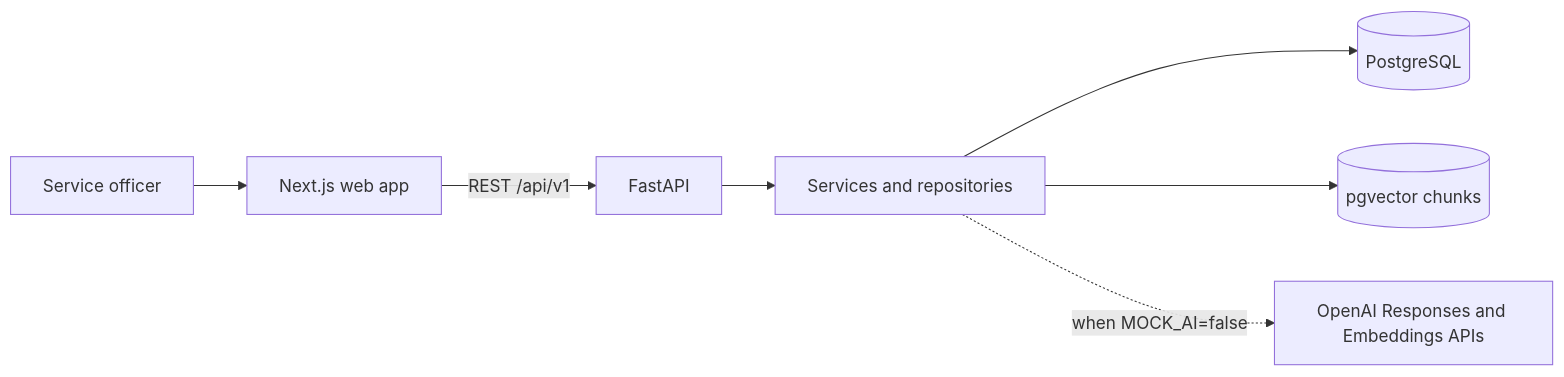
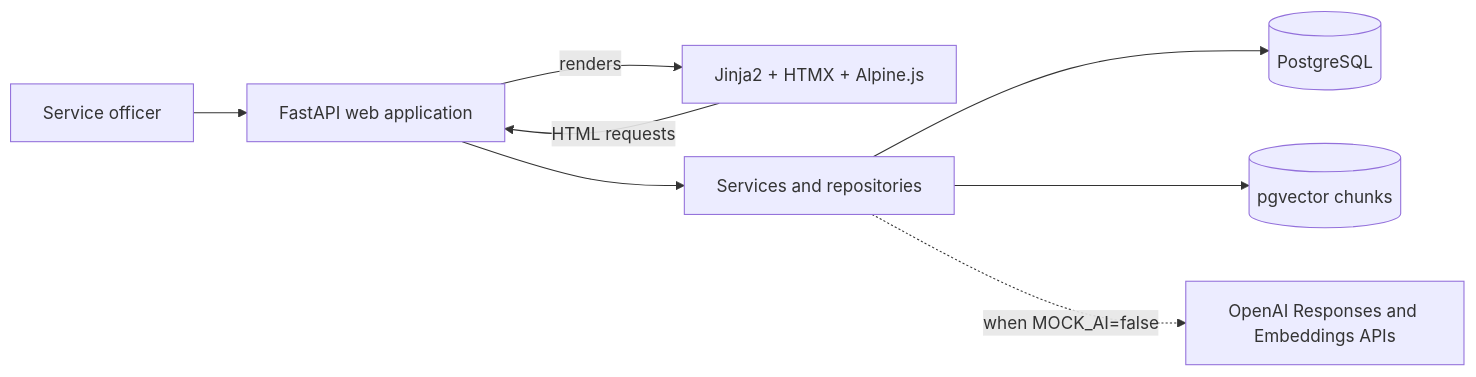
The diagram in docs/architecture.md (B0MB0M-ai/rag_services), drawn with Mermaid before and after one commit. The commit also changed 32 other files, not shown here.

Commit message:
Replace Next.js frontend with FastAPI templates

````diff
--- a/docs/architecture.md
+++ b/docs/architecture.md
@@ -5,9 +5,10 @@
 ```mermaid
 flowchart LR
-  U[Service officer] --> W[Next.js web app]
-  W -->|REST /api/v1| A[FastAPI]
+  U[Service officer] --> A[FastAPI web application]
+  A -->|renders| W[Jinja2 + HTMX + Alpine.js]
+  W -->|HTML requests| A
   A --> S[Services and repositories]
   S --> P[(PostgreSQL)]
   S --> V[(pgvector chunks)]
   S -. when MOCK_AI=false .-> O[OpenAI Responses and Embeddings APIs]
 ```
````
